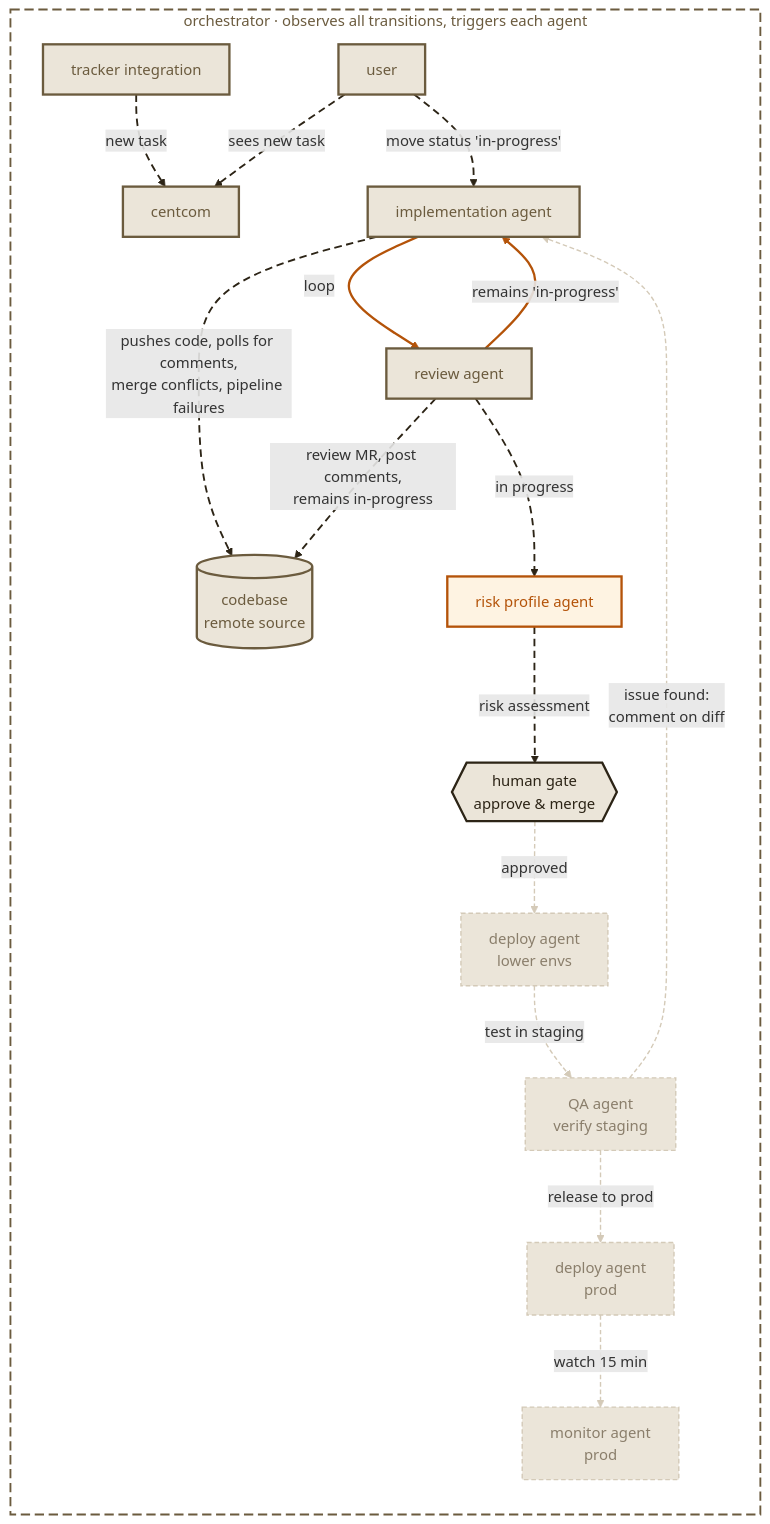
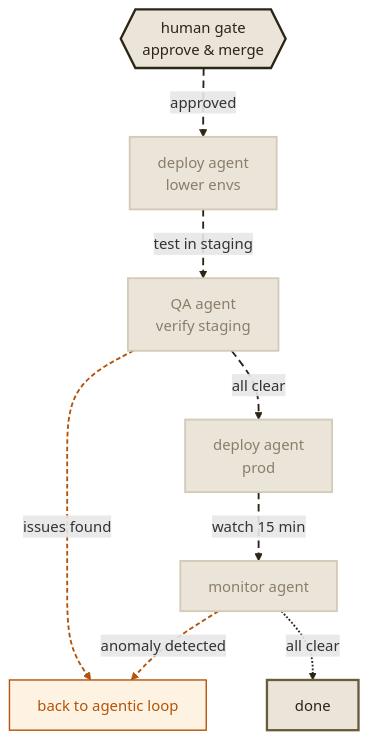
The fifth of 5 diagrams in docs/docs/concepts/index.mdx (dunkinfrunkin/maestro), drawn with Mermaid before and after one commit. The commit also changed other lines of this file, not shown here.

First line of the commit message:
docs: split concepts into 5 diagrams — overview, task entry, agentic loop, workers, exit

````diff
--- a/docs/docs/concepts/index.mdx
+++ b/docs/docs/concepts/index.mdx
@@ -11,51 +137,26 @@
 ```mermaid
 graph TB
-  subgraph ORCH ["orchestrator · observes all transitions, triggers each agent"]
-    direction TB
-    TI["tracker integration"] -. "new task" .-> CC["centcom"]
-    USR["user"] -. "sees new task" .-> CC
-    USR -. "move status 'in-progress'" .-> IA
+  HG{{"human gate<br/>approve & merge"}} -. "approved" .-> DA["deploy agent<br/>lower envs"]
+  DA -. "test in staging" .-> QA["QA agent<br/>verify staging"]
+  QA -. "issues found" .-> BACK["back to agentic loop"]
+  QA -. "all clear" .-> DA2["deploy agent<br/>prod"]
+  DA2 -. "watch 15 min" .-> MA["monitor agent"]
+  MA -. "anomaly detected" .-> BACK
+  MA -. "all clear" .-> DONE["done"]
 
-    IA["implementation agent"] -. "pushes code, polls for comments,<br/>merge conflicts, pipeline failures" .-> CB[("codebase<br/>remote source")]
-    IA -- "loop" --> RA
-    RA -- "remains 'in-progress'" --> IA
-    RA["review agent"] -. "review MR, post comments,<br/>remains in-progress" .-> CB
-    RA -. "in progress" .-> RP["risk profile agent"]
-
-    RP -. "risk assessment" .-> HG{{"human gate<br/>approve & merge"}}
-    HG -. "approved" .-> DA["deploy agent<br/>lower envs"]
-    DA -. "test in staging" .-> QA["QA agent<br/>verify staging"]
-    QA -. "issue found:<br/>comment on diff" .-> IA
-    QA -. "release to prod" .-> DA2["deploy agent<br/>prod"]
-    DA2 -. "watch 15 min" .-> MA["monitor agent<br/>prod"]
-  end
-
-  style ORCH fill:none,stroke:#6b5b3e,stroke-width:2px,stroke-dasharray:10 5,color:#6b5b3e
-  style TI fill:#ebe5d9,stroke:#6b5b3e,stroke-width:2.5px,color:#6b5b3e
-  style CC fill:#ebe5d9,stroke:#6b5b3e,stroke-width:2.5px,color:#6b5b3e
-  style USR fill:#ebe5d9,stroke:#6b5b3e,stroke-width:2.5px,color:#6b5b3e
-  style IA fill:#ebe5d9,stroke:#6b5b3e,stroke-width:2.5px,color:#6b5b3e
-  style CB fill:#ebe5d9,stroke:#6b5b3e,stroke-width:2.5px,color:#6b5b3e
-  style RA fill:#ebe5d9,stroke:#6b5b3e,stroke-width:2.5px,color:#6b5b3e
-  style RP fill:#fef3e2,stroke:#b45309,stroke-width:2.5px,color:#b45309
   style HG fill:#ebe5d9,stroke:#2c2416,stroke-width:2.5px,color:#2c2416
-  style DA fill:#ebe5d9,stroke:#d4cab8,stroke-width:1.5px,color:#8a7e6b,stroke-dasharray:5 3
-  style QA fill:#ebe5d9,stroke:#d4cab8,stroke-width:1.5px,color:#8a7e6b,stroke-dasharray:5 3
-  style DA2 fill:#ebe5d9,stroke:#d4cab8,stroke-width:1.5px,color:#8a7e6b,stroke-dasharray:5 3
-  style MA fill:#ebe5d9,stroke:#d4cab8,stroke-width:1.5px,color:#8a7e6b,stroke-dasharray:5 3
+  style DA fill:#ebe5d9,stroke:#d4cab8,stroke-width:2px,color:#8a7e6b
+  style QA fill:#ebe5d9,stroke:#d4cab8,stroke-width:2px,color:#8a7e6b
+  style DA2 fill:#ebe5d9,stroke:#d4cab8,stroke-width:2px,color:#8a7e6b
+  style MA fill:#ebe5d9,stroke:#d4cab8,stroke-width:2px,color:#8a7e6b
+  style BACK fill:#fef3e2,stroke:#b45309,stroke-width:1.5px,color:#b45309
+  style DONE fill:#ebe5d9,stroke:#6b5b3e,stroke-width:2.5px,color:#2c2416
 
   linkStyle 0 stroke:#2c2416,stroke-width:2px,stroke-dasharray:8 5
   linkStyle 1 stroke:#2c2416,stroke-width:2px,stroke-dasharray:8 5
-  linkStyle 2 stroke:#2c2416,stroke-width:2px,stroke-dasharray:8 5
+  linkStyle 2 stroke:#b45309,stroke-width:2px,stroke-dasharray:5 3
   linkStyle 3 stroke:#2c2416,stroke-width:2px,stroke-dasharray:8 5
-  linkStyle 4 stroke:#b45309,stroke-width:2.5px
-  linkStyle 5 stroke:#b45309,stroke-width:2.5px
-  linkStyle 6 stroke:#2c2416,stroke-width:2px,stroke-dasharray:8 5
-  linkStyle 7 stroke:#2c2416,stroke-width:2px,stroke-dasharray:8 5
-  linkStyle 8 stroke:#2c2416,stroke-width:2px,stroke-dasharray:8 5
-  linkStyle 9 stroke:#d4cab8,stroke-width:1.5px,stroke-dasharray:5 3
-  linkStyle 10 stroke:#d4cab8,stroke-width:1.5px,stroke-dasharray:5 3
-  linkStyle 11 stroke:#d4cab8,stroke-width:1.5px,stroke-dasharray:5 3
-  linkStyle 12 stroke:#d4cab8,stroke-width:1.5px,stroke-dasharray:5 3
-  linkStyle 13 stroke:#d4cab8,stroke-width:1.5px,stroke-dasharray:5 3
+  linkStyle 4 stroke:#2c2416,stroke-width:2px,stroke-dasharray:8 5
+  linkStyle 5 stroke:#b45309,stroke-width:2px,stroke-dasharray:5 3
+  linkStyle 6 stroke:#2c2416,stroke-width:2px
 ```
````
